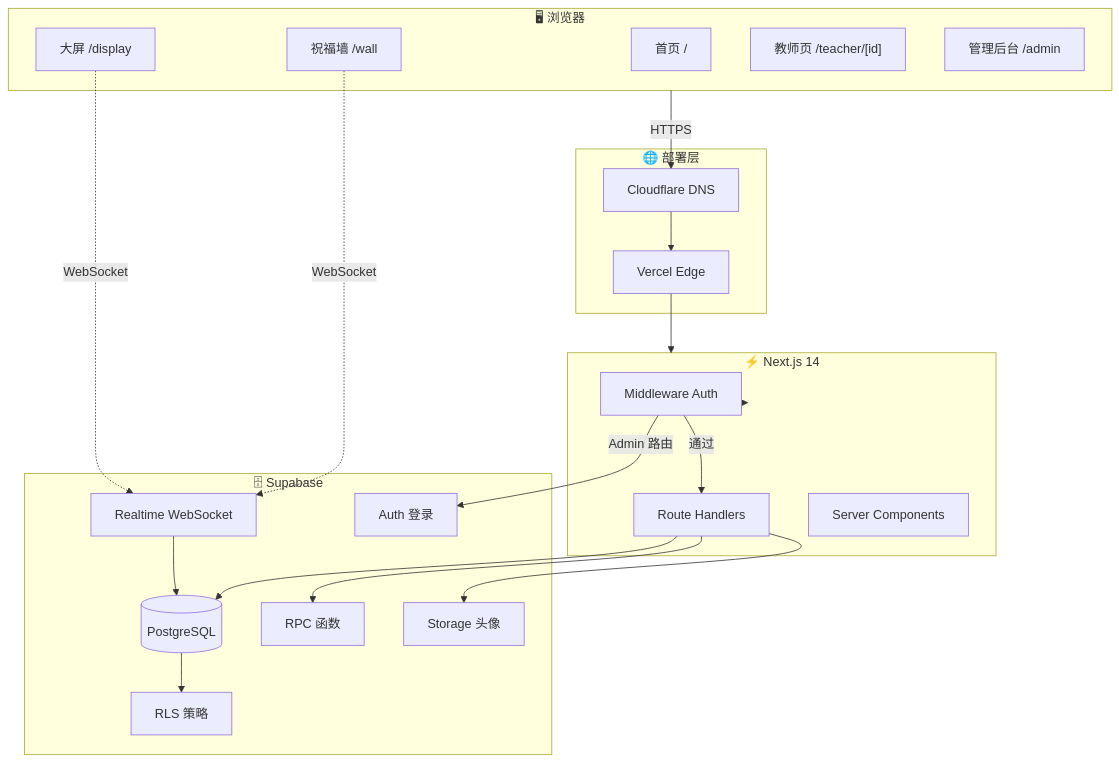
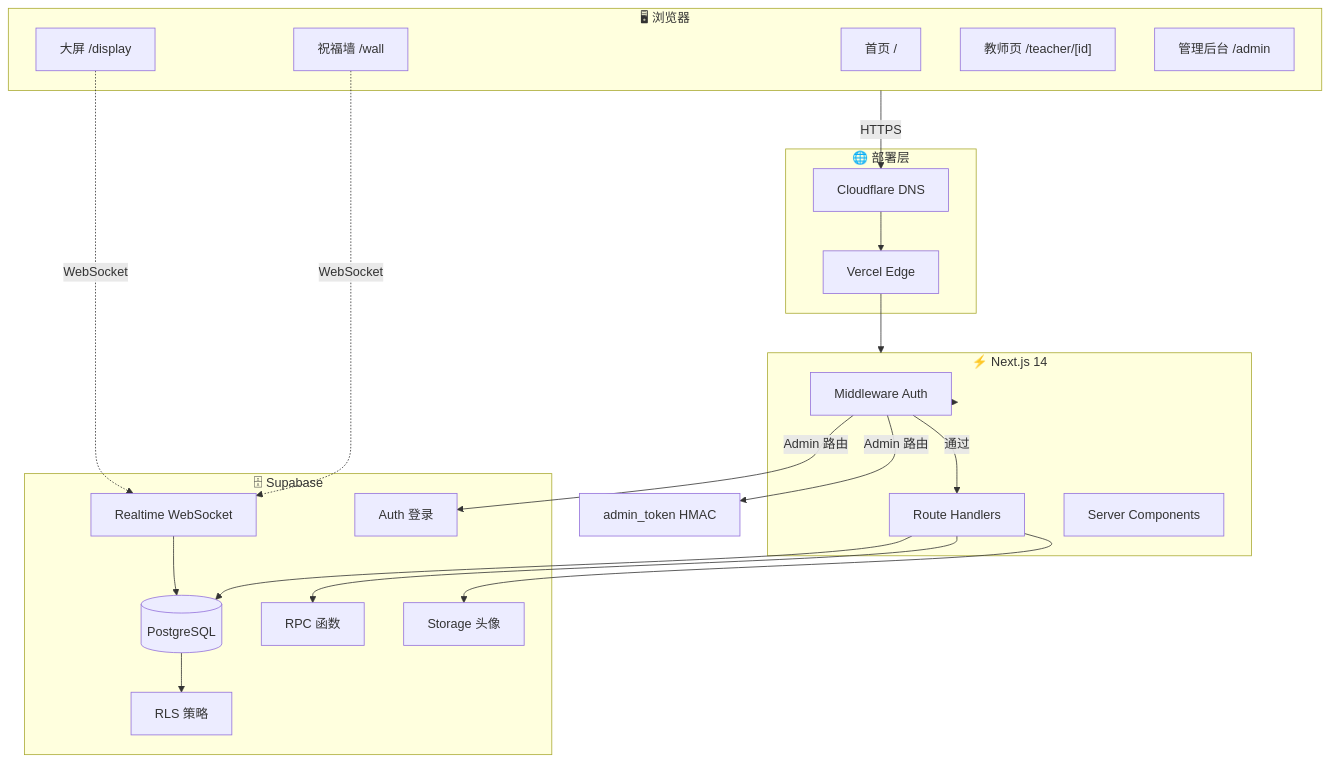
Before and after one commit to shh32010/Teacher-wishes: the second of 4 diagrams in docs/ARCHITECTURE.md, drawn with Mermaid. The commit also changed other lines of this file and 3 other files, not shown here.

First line of the commit message:
docs: 安全修复+UX变更同步至文档 — CHANGELOG/PROGRESS/API/ARCHITECTURE

````diff
--- a/docs/ARCHITECTURE.md
+++ b/docs/ARCHITECTURE.md
@@ -146,44 +146,45 @@
 ```mermaid
 flowchart TB
     subgraph Client["🖥 浏览器"]
         Home["首页 /"]
         Wall["祝福墙 /wall"]
         Display["大屏 /display"]
         Teacher["教师页 /teacher/[id]"]
         Admin["管理后台 /admin"]
     end
 
     subgraph Next["⚡ Next.js 14"]
         Middleware["Middleware Auth"]
         API["Route Handlers"]
         SSR["Server Components"]
     end
 
     subgraph Supabase["🗄 Supabase"]
         PG[("PostgreSQL")]
         RLS["RLS 策略"]
         RPC["RPC 函数"]
         RT["Realtime WebSocket"]
         Storage["Storage 头像"]
         Auth["Auth 登录"]
     end
 
     subgraph CDN["🌐 部署层"]
         Vercel["Vercel Edge"]
         CF["Cloudflare DNS"]
     end
 
     Client -->|HTTPS| CF
     CF --> Vercel
     Vercel --> Next
     Next --> Middleware
     Middleware -->|Admin 路由| Auth
+    Middleware -->|Admin 路由| Token["admin_token HMAC"]
     Middleware -->|通过| API
     API --> PG
     API --> Storage
     API --> RPC
     PG --> RLS
     Wall -.->|WebSocket| RT
     Display -.->|WebSocket| RT
     RT --> PG
 ```
````
